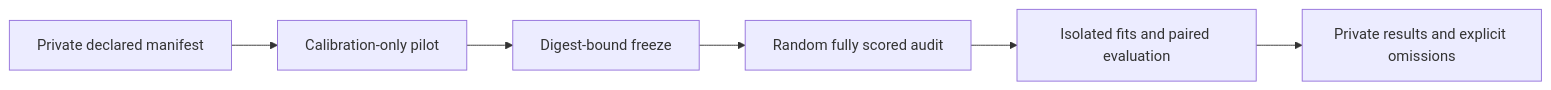
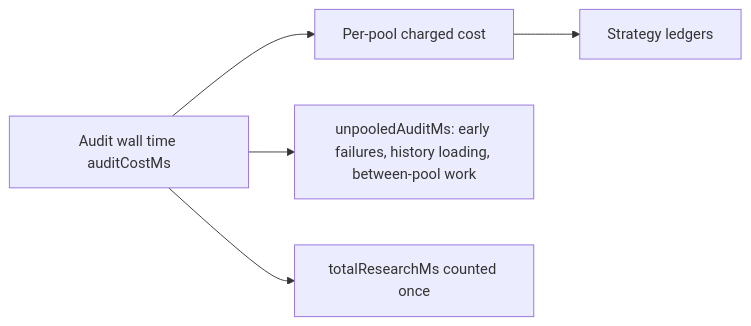
Before and after one commit to stSoftwareAU/NEAT-AI-Ockham: the diagram in docs/archive/pr-summaries/pr-summary-261.md, drawn with Mermaid. The commit also changed other lines of this file and 1 other file, not shown here.

First line of the commit message:
Test charged cost, not raw elapsed; rewrite PR summary (Issue #261)

````diff
--- a/docs/archive/pr-summaries/pr-summary-261.md
+++ b/docs/archive/pr-summaries/pr-summary-261.md
@@ -73,8 +43,7 @@
 ```mermaid
 flowchart LR
-    M[Private declared manifest] --> P[Calibration-only pilot]
-    P --> F[Digest-bound freeze]
-    F --> A[Random fully scored audit]
-    A --> E[Isolated fits and paired evaluation]
-    E --> R[Private results and explicit omissions]
+    A[Audit wall time auditCostMs] --> P[Per-pool charged cost]
+    A --> U[unpooledAuditMs: early failures, history loading, between-pool work]
+    P --> S[Strategy ledgers]
+    A --> T[totalResearchMs counted once]
 ```
````
